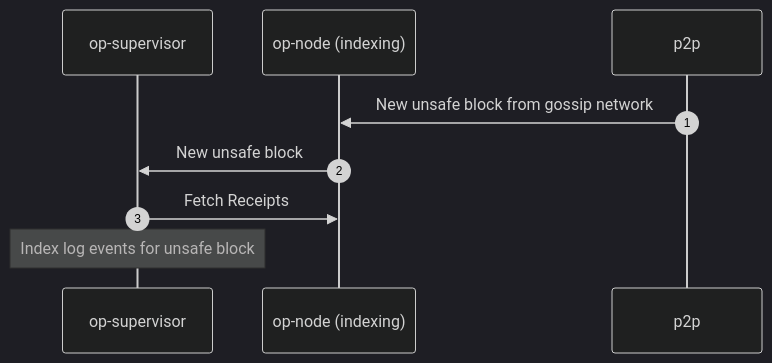
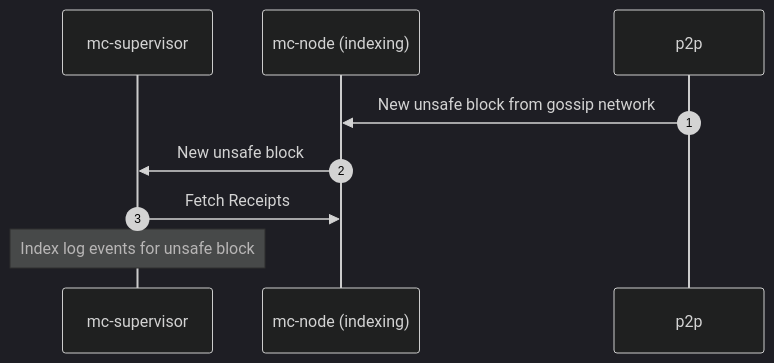
One commit to arunjot12/mind-chain changed the third of 5 diagrams in releases/cannon-v1.6.0/mc-supervisor/README.md. Above: the diagram before and after it, drawn with Mermaid (dark theme). The commit also changed other lines of this file and 4220 other files, not shown here.

````diff
--- a/releases/cannon-v1.6.0/mc-supervisor/README.md
+++ b/releases/cannon-v1.6.0/mc-supervisor/README.md
@@ -167,14 +167,14 @@
 ```mermaid
 sequenceDiagram
 autonumber
 
-participant super as op-supervisor
-participant node as op-node (indexing)
+participant super as mc-supervisor
+participant node as mc-node (indexing)
 participant p2p as p2p
 
 p2p ->> node: New unsafe block from gossip network
 node ->> super: New unsafe block
 
 super ->> node: Fetch Receipts
 Note over super: Index log events for unsafe block
 ```
````
